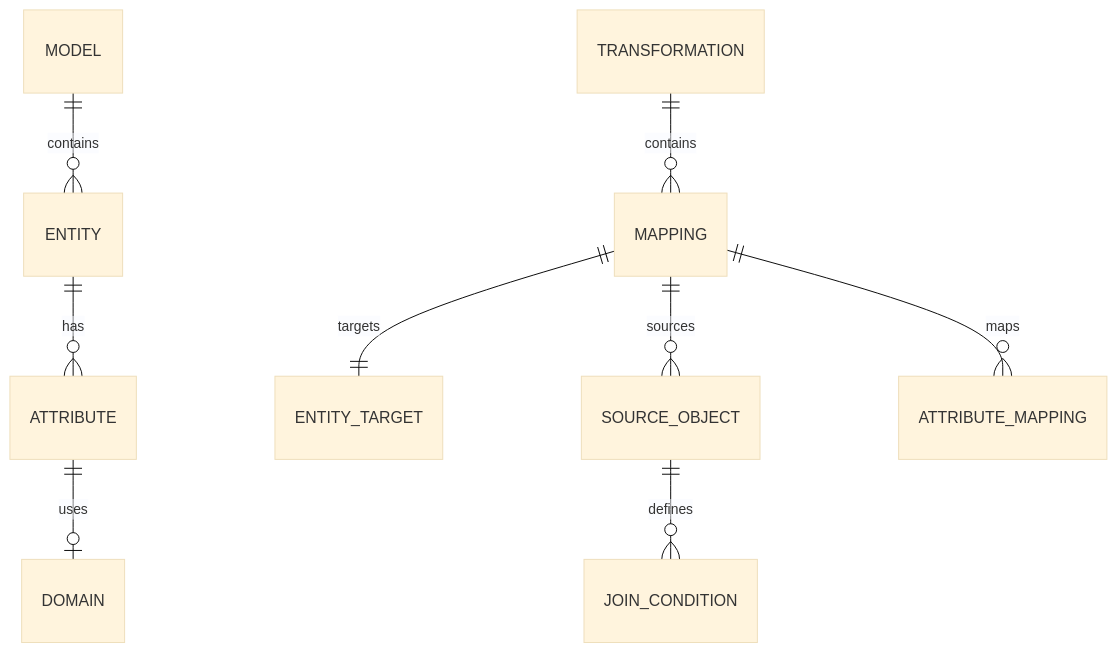
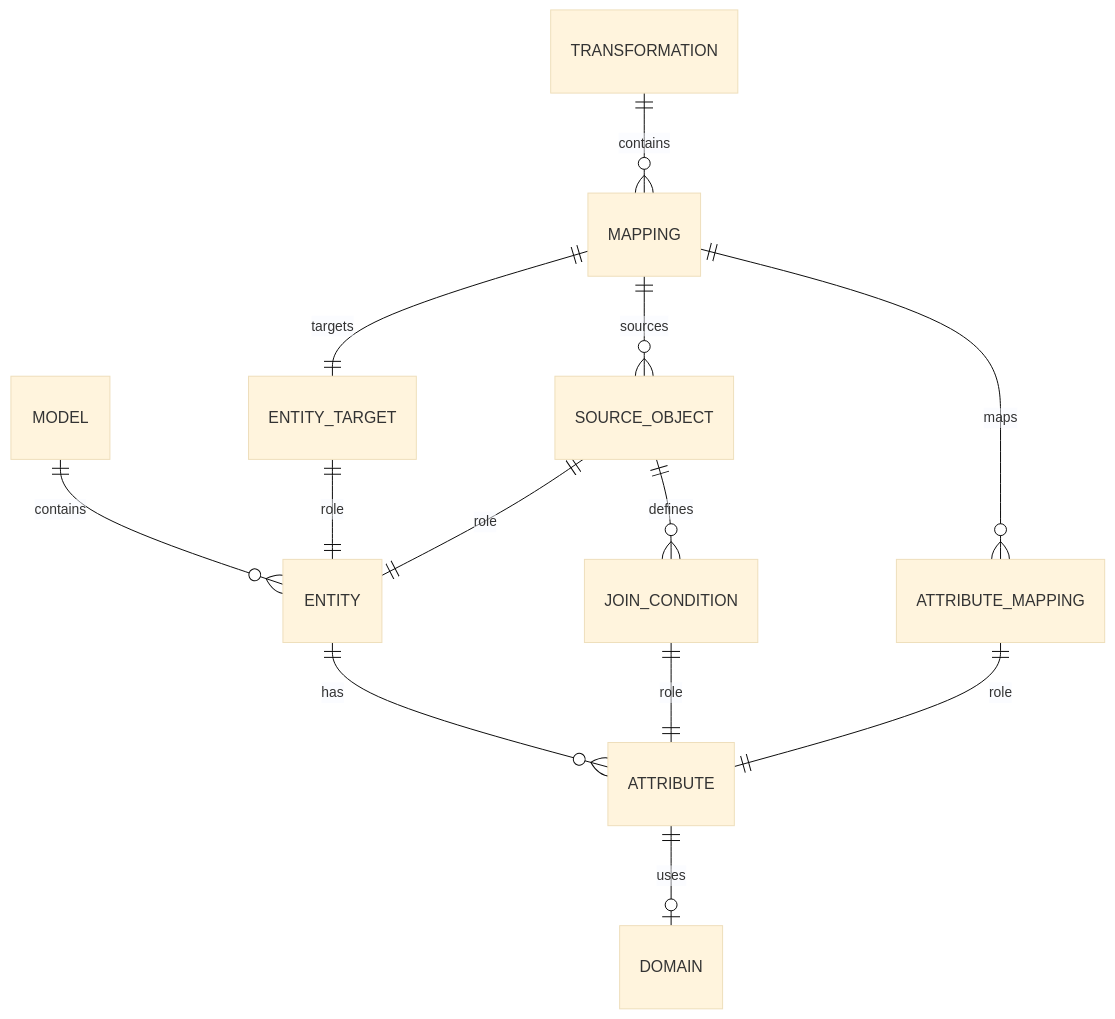
One commit to mark-me/etl_templates changed the first of 3 diagrams in docs/Model_Extracted_Diagram.md. Above: the diagram before and after it, drawn with Mermaid (base theme).

Commit message:
Diagram adjustments

````diff
--- a/docs/Model_Extracted_Diagram.md
+++ b/docs/Model_Extracted_Diagram.md
@@ -7,11 +7,15 @@
 ```mermaid
 erDiagram
     MODEL ||--o{ ENTITY : contains
     ENTITY ||--o{ ATTRIBUTE : has
     ATTRIBUTE ||--o| DOMAIN : uses
     TRANSFORMATION ||--o{ MAPPING : contains
     MAPPING ||--|| ENTITY_TARGET : targets
+    ENTITY_TARGET ||--|| ENTITY: role
     MAPPING ||--o{ SOURCE_OBJECT : sources
     SOURCE_OBJECT ||--o{ JOIN_CONDITION : defines
+    JOIN_CONDITION ||--|| ATTRIBUTE: role
+    SOURCE_OBJECT ||--|| ENTITY: role
     MAPPING ||--o{ ATTRIBUTE_MAPPING : maps
+    ATTRIBUTE_MAPPING ||--|| ATTRIBUTE: role
 ```
````
